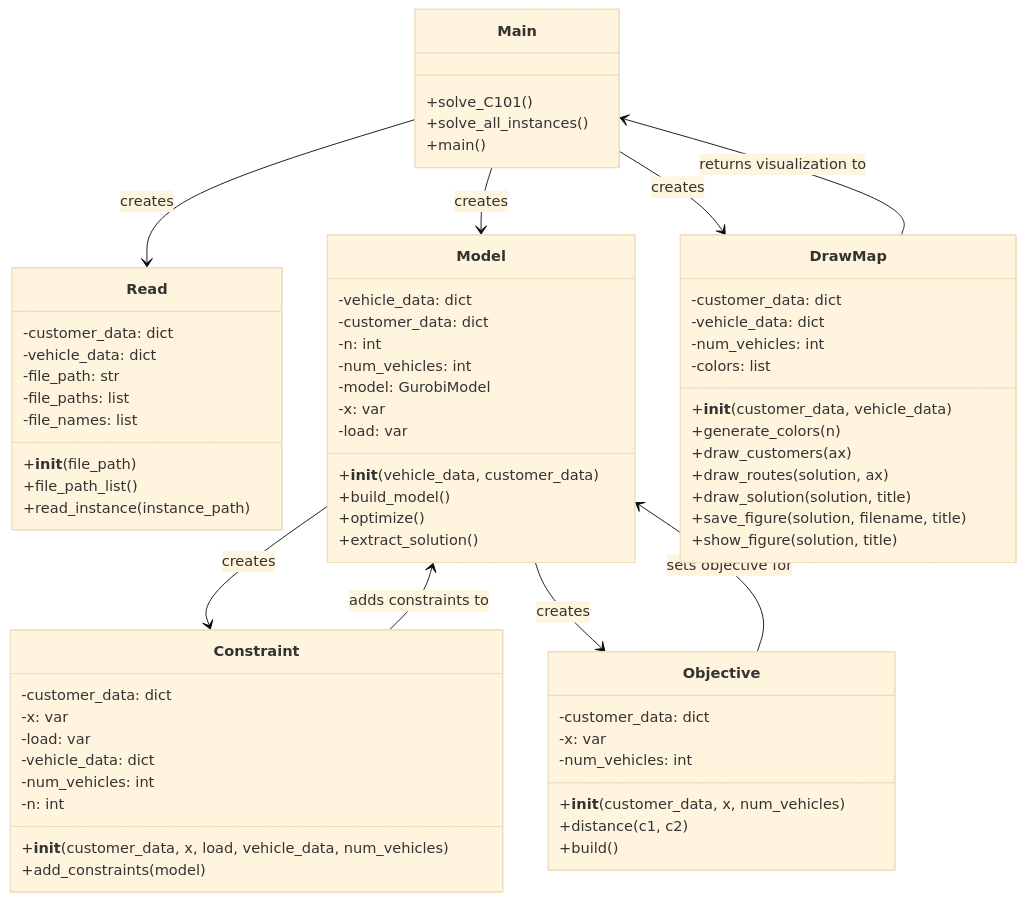
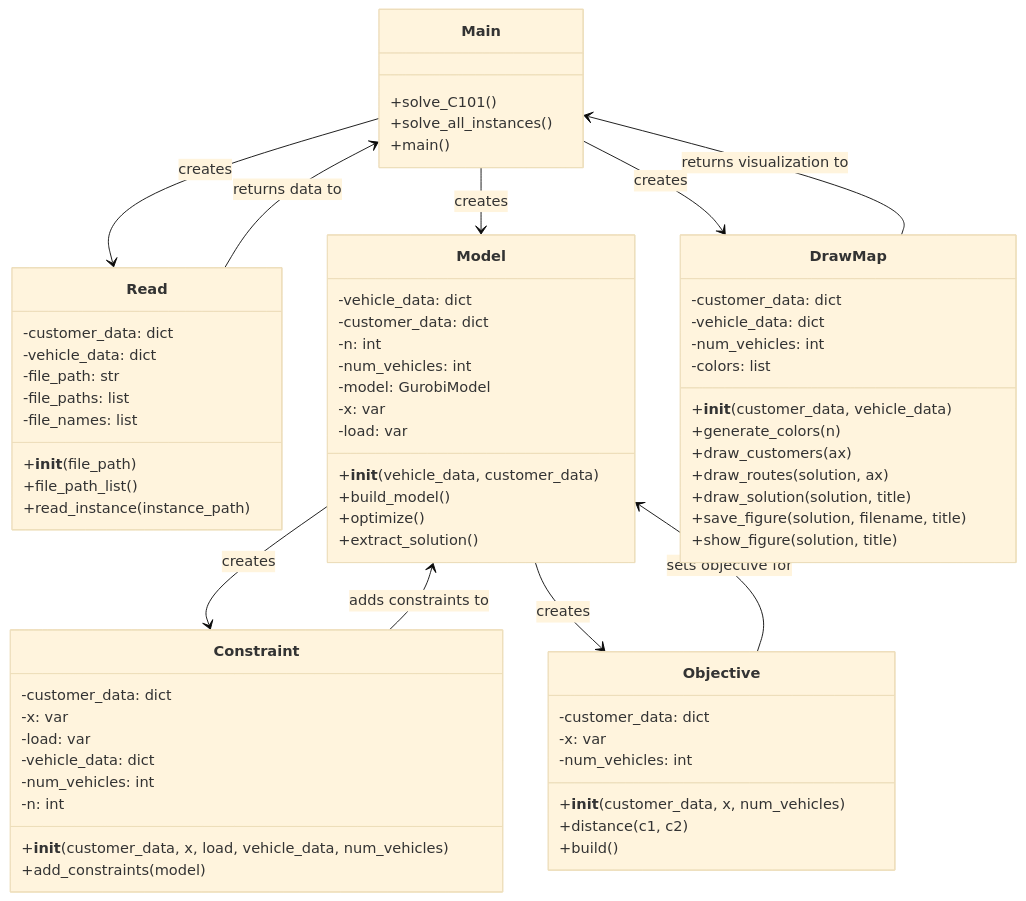
The diagram in README.md (BUAAxyf/OR_Experiment1), drawn with Mermaid (base theme) before and after one commit.

````diff
--- a/README.md
+++ b/README.md
@@ -135,76 +135,77 @@
 ```mermaid
 classDiagram
     class Main {
     	+solve_C101()
         +solve_all_instances()
         +main()
     }
     
     class Read {
         -customer_data: dict
         -vehicle_data: dict
         -file_path: str
         -file_paths: list
         -file_names: list
         +__init__(file_path)
         +file_path_list()
         +read_instance(instance_path)
     }
     
     class Model {
         -vehicle_data: dict
         -customer_data: dict
         -n: int
         -num_vehicles: int
         -model: GurobiModel
         -x: var
         -load: var
         +__init__(vehicle_data, customer_data)
         +build_model()
         +optimize()
         +extract_solution()
     }
     
     class Constraint {
         -customer_data: dict
         -x: var
         -load: var
         -vehicle_data: dict
         -num_vehicles: int
         -n: int
         +__init__(customer_data, x, load, vehicle_data, num_vehicles)
         +add_constraints(model)
     }
     
     class Objective {
         -customer_data: dict
         -x: var
         -num_vehicles: int
         +__init__(customer_data, x, num_vehicles)
         +distance(c1, c2)
         +build()
     }
     
     class DrawMap {
         -customer_data: dict
         -vehicle_data: dict
         -num_vehicles: int
         -colors: list
         +__init__(customer_data, vehicle_data)
         +generate_colors(n)
         +draw_customers(ax)
         +draw_routes(solution, ax)
         +draw_solution(solution, title)
         +save_figure(solution, filename, title)
         +show_figure(solution, title)
     }
     
     Main --> Read : creates
     Main --> Model : creates
     Main --> DrawMap : creates
     Model --> Constraint : creates
     Model --> Objective : creates
     Constraint --> Model : adds constraints to
     Objective --> Model : sets objective for
     DrawMap --> Main : returns visualization to
+    Read --> Main : returns data to
 ```
````
